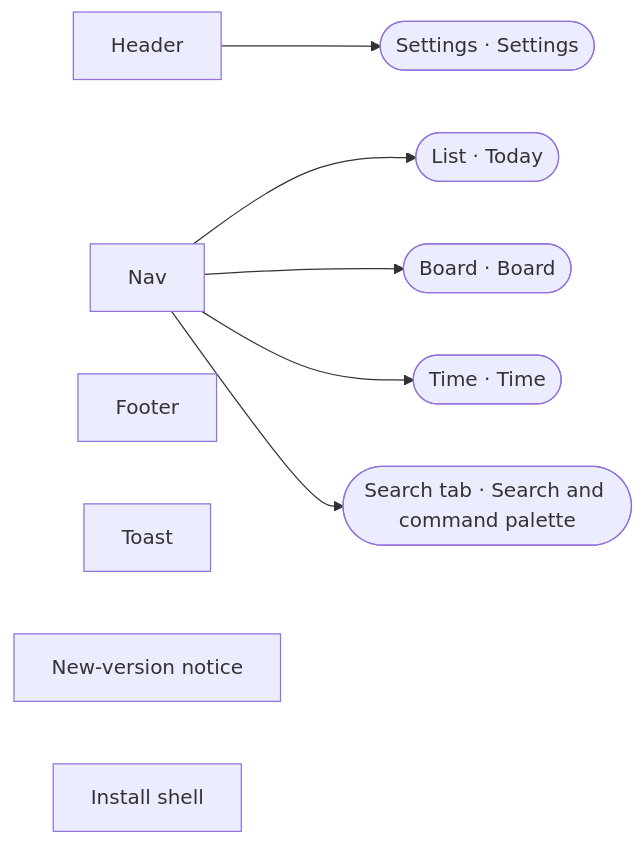
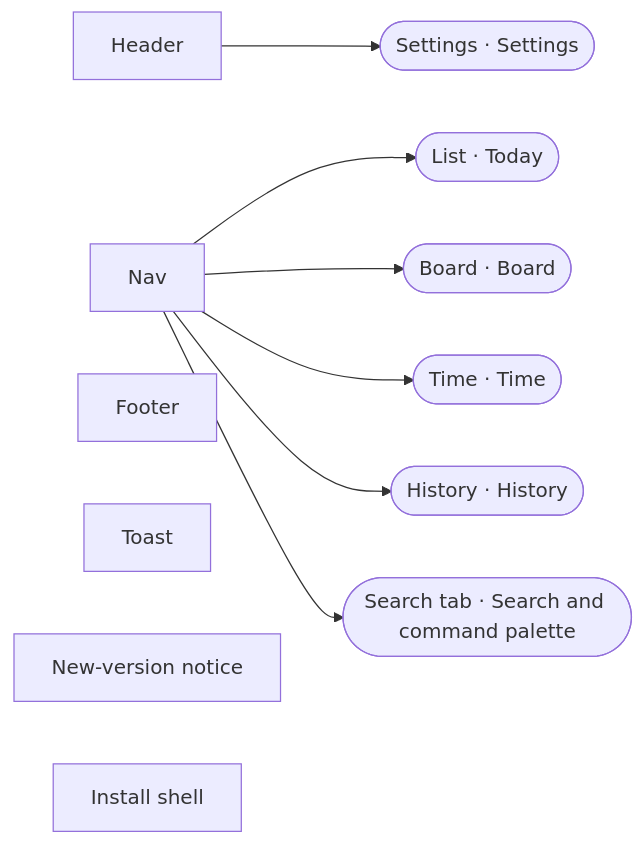
The first of 13 diagrams in docs/ux-surface-map.md (ferraroroberto/task-os), drawn with Mermaid before and after one commit. The commit also changed other lines of this file and 149 other files, not shown here.

````diff
--- a/docs/ux-surface-map.md
+++ b/docs/ux-surface-map.md
@@ -118,19 +119,21 @@
 ```mermaid
 flowchart LR
   s0["Header"]
   s1["Nav"]
   s2["Footer"]
   s3["Toast"]
   s4["New-version notice"]
   s5["Install shell"]
-  s52(["Settings · Settings"])
+  s54(["Settings · Settings"])
   s6(["List · Today"])
   s9(["Board · Board"])
   s41(["Time · Time"])
+  s51(["History · History"])
   s48(["Search tab · Search and command palette"])
-  s0 --> s52
+  s0 --> s54
   s1 --> s6
   s1 --> s9
   s1 --> s41
+  s1 --> s51
   s1 --> s48
 ```
````
